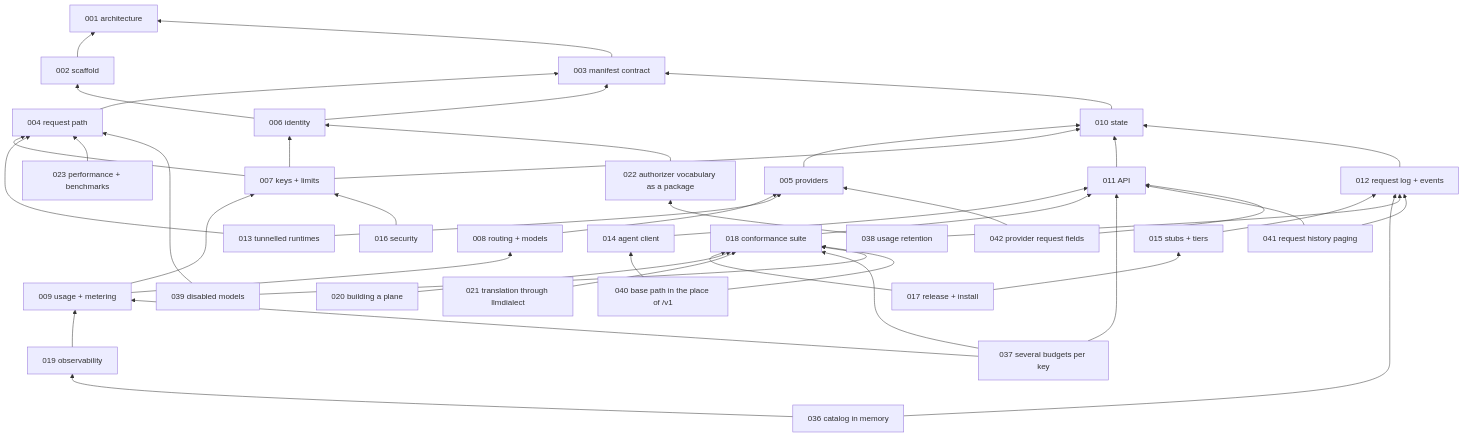
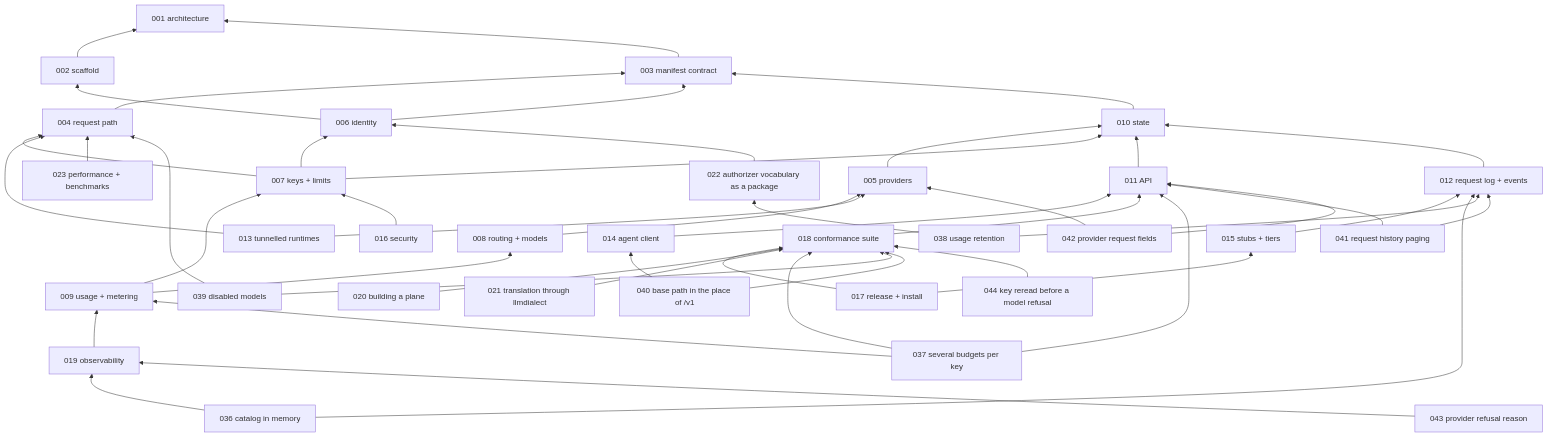
Before and after one commit to latere-ai/lux: the second of 2 diagrams in specs/README.md, drawn with Mermaid. The commit also changed other lines of this file and 5 other files, not shown here.

Commit message:
specs: 043 a provider's refusal reason and 044 a key reread before a model refusal, both complete

````diff
--- a/specs/README.md
+++ b/specs/README.md
@@ -106,76 +108,80 @@
 ```mermaid
 flowchart BT
   S001[001 architecture]
   S002[002 scaffold]
   S003[003 manifest contract]
   S004[004 request path]
   S005[005 providers]
   S006[006 identity]
   S007[007 keys + limits]
   S008[008 routing + models]
   S009[009 usage + metering]
   S010[010 state]
   S011[011 API]
   S012[012 request log + events]
   S013[013 tunnelled runtimes]
   S014[014 agent client]
   S015[015 stubs + tiers]
   S016[016 security]
   S017[017 release + install]
   S018[018 conformance suite]
   S019[019 observability]
   S020[020 building a plane]
   S021[021 translation through llmdialect]
   S022[022 authorizer vocabulary as a package]
   S023[023 performance + benchmarks]
   S036[036 catalog in memory]
   S037[037 several budgets per key]
   S038[038 usage retention]
   S039[039 disabled models]
   S040[040 base path in the place of /v1]
   S041[041 request history paging]
   S042[042 provider request fields]
+  S043[043 provider refusal reason]
+  S044[044 key reread before a model refusal]
   S002 --> S001
   S003 --> S001
   S004 --> S003
   S005 --> S010
   S006 --> S002
   S006 --> S003
   S007 --> S004
   S007 --> S006
   S007 --> S010
   S008 --> S005
   S009 --> S007
   S009 --> S008
   S010 --> S003
   S011 --> S010
   S012 --> S010
   S013 --> S004
   S013 --> S005
   S014 --> S011
   S015 --> S012
   S016 --> S007
   S017 --> S015
   S017 --> S018
   S018 --> S011
   S019 --> S009
   S020 --> S018
   S021 --> S018
   S022 --> S006
   S023 --> S004
   S036 --> S012
   S036 --> S019
   S037 --> S009
   S037 --> S011
   S037 --> S018
   S038 --> S012
   S038 --> S022
   S039 --> S004
   S039 --> S018
   S040 --> S014
   S040 --> S018
   S041 --> S011
   S041 --> S012
   S042 --> S005
   S042 --> S011
+  S043 --> S019
+  S044 --> S018
 ```
````
